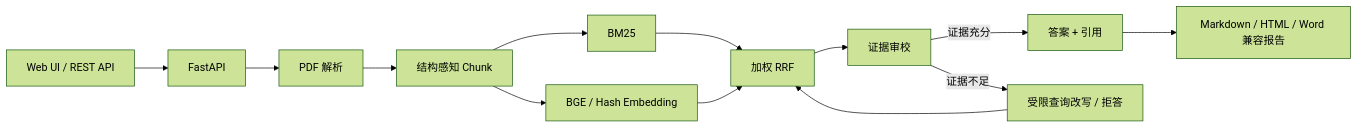
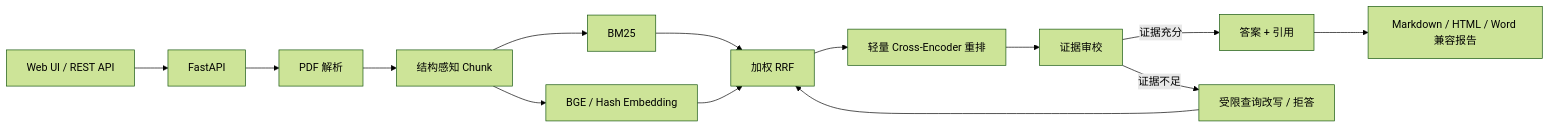
Before and after one commit to todosalu/EvidenceRAG: the diagram in README.md, drawn with Mermaid (forest theme). The commit also changed other lines of this file and 2 other files, not shown here.

Commit message:
Add lightweight Cross-Encoder benchmark

````diff
--- a/README.md
+++ b/README.md
@@ -32,15 +32,16 @@
 ```mermaid
 flowchart LR
     UI["Web UI / REST API"] --> API["FastAPI"]
     API --> PARSE["PDF 解析"]
     PARSE --> CHUNK["结构感知 Chunk"]
     CHUNK --> BM25["BM25"]
     CHUNK --> VECTOR["BGE / Hash Embedding"]
     BM25 --> RRF["加权 RRF"]
     VECTOR --> RRF
-    RRF --> REVIEW["证据审校"]
+    RRF --> RERANK["轻量 Cross-Encoder 重排"]
+    RERANK --> REVIEW["证据审校"]
     REVIEW -->|证据充分| ANSWER["答案 + 引用"]
     REVIEW -->|证据不足| REWRITE["受限查询改写 / 拒答"]
     REWRITE --> RRF
     ANSWER --> REPORT["Markdown / HTML / Word 兼容报告"]
 ```
````
